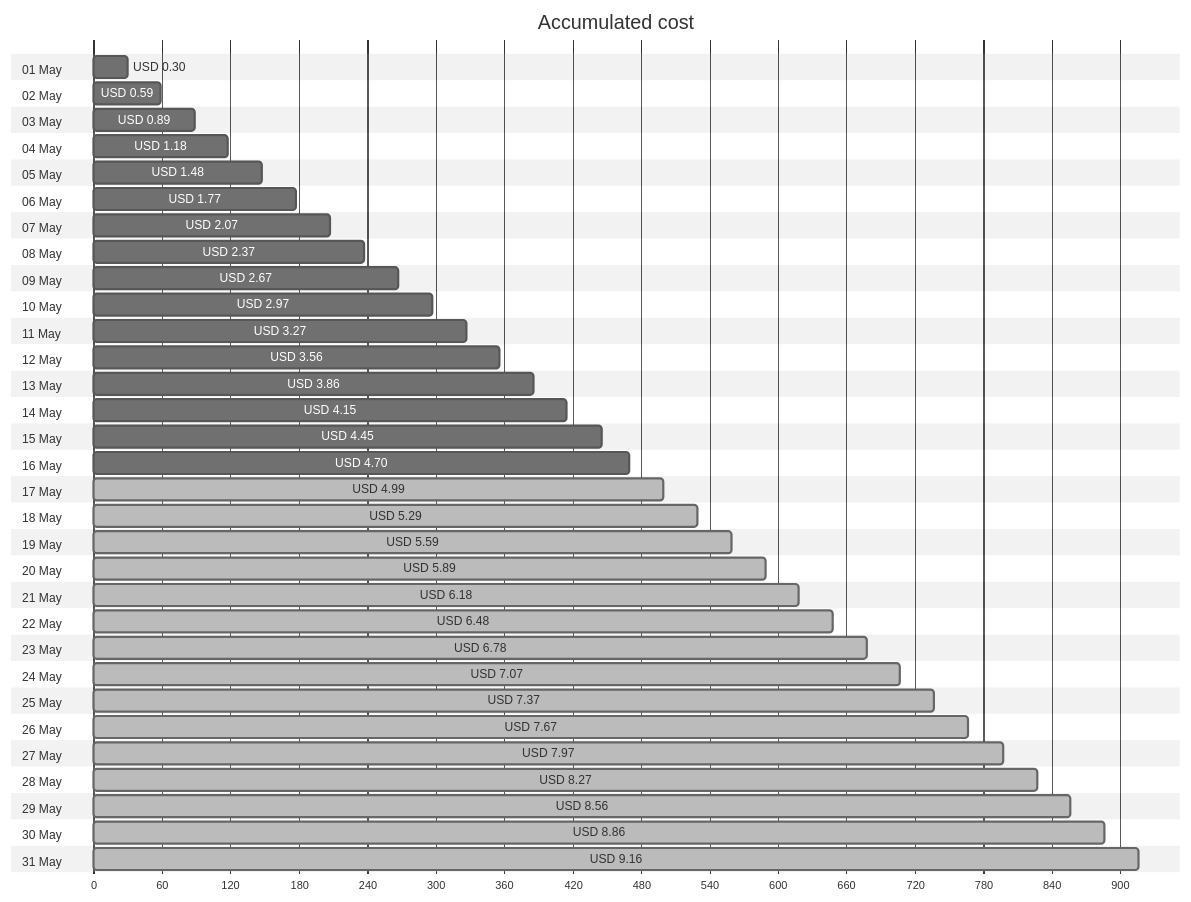
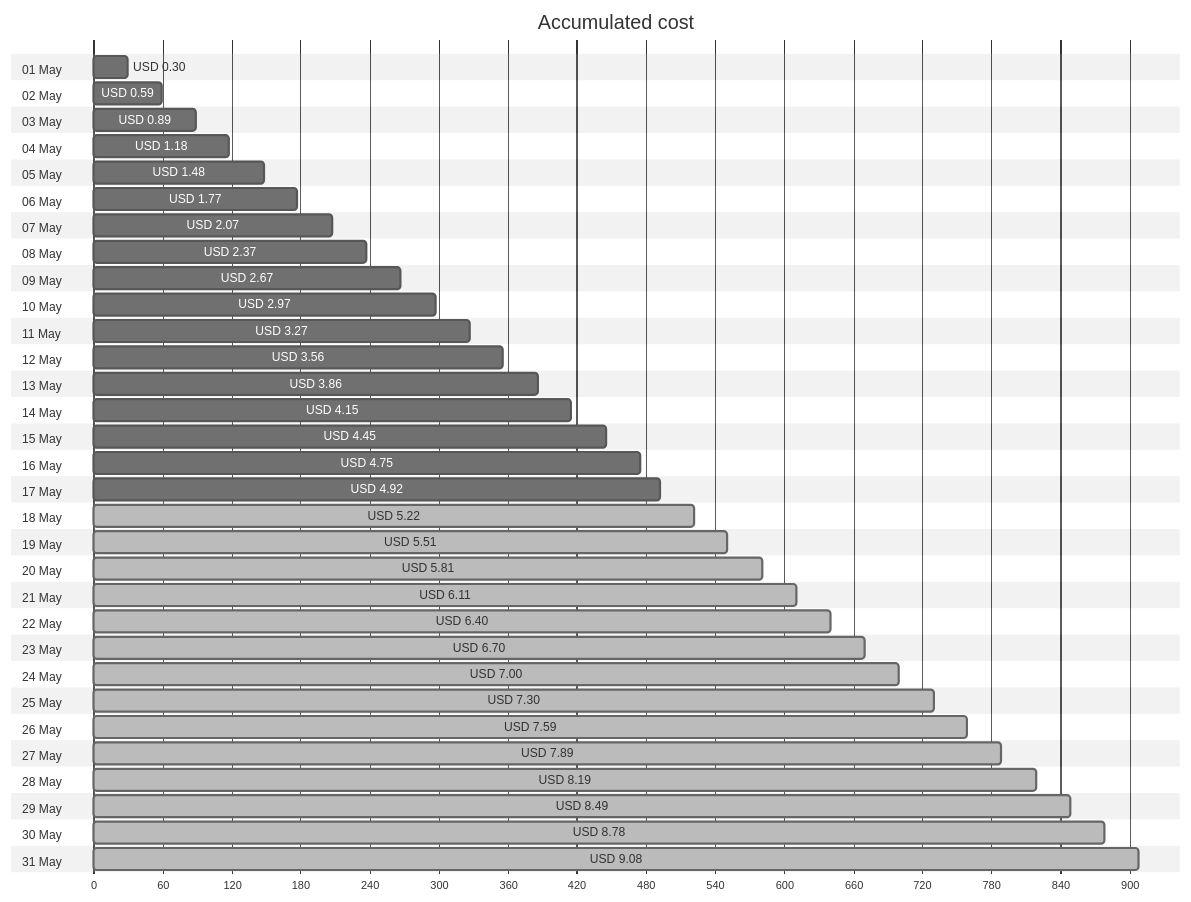
The first of 4 diagrams in cost-reports/personal-site/personal-site-preview.md (jpfulton/azure-personal-reports), drawn with Mermaid (neutral theme) before and after one commit. The commit also changed other lines of this file and 6 other files, not shown here.

````diff
--- a/cost-reports/personal-site/personal-site-preview.md
+++ b/cost-reports/personal-site/personal-site-preview.md
@@ -20,68 +20,68 @@
 ```mermaid
 gantt
    title Accumulated cost
    dateFormat  X
    axisFormat %s
    section 01 May
    USD 0.30 :0, 30
    section 02 May
    USD 0.59 :0, 59
    section 03 May
    USD 0.89 :0, 89
    section 04 May
    USD 1.18 :0, 118
    section 05 May
    USD 1.48 :0, 148
    section 06 May
    USD 1.77 :0, 177
    section 07 May
    USD 2.07 :0, 207
    section 08 May
    USD 2.37 :0, 237
    section 09 May
    USD 2.67 :0, 267
    section 10 May
    USD 2.97 :0, 297
    section 11 May
    USD 3.27 :0, 327
    section 12 May
    USD 3.56 :0, 356
    section 13 May
    USD 3.86 :0, 386
    section 14 May
    USD 4.15 :0, 415
    section 15 May
    USD 4.45 :0, 445
    section 16 May
-   USD 4.70 :0, 470
+   USD 4.75 :0, 475
    section 17 May
-   USD 4.99 : done, 0, 499
+   USD 4.92 :0, 492
    section 18 May
-   USD 5.29 : done, 0, 529
+   USD 5.22 : done, 0, 522
    section 19 May
-   USD 5.59 : done, 0, 559
+   USD 5.51 : done, 0, 551
    section 20 May
-   USD 5.89 : done, 0, 589
+   USD 5.81 : done, 0, 581
    section 21 May
-   USD 6.18 : done, 0, 618
+   USD 6.11 : done, 0, 611
    section 22 May
-   USD 6.48 : done, 0, 648
+   USD 6.40 : done, 0, 640
    section 23 May
-   USD 6.78 : done, 0, 678
+   USD 6.70 : done, 0, 670
    section 24 May
-   USD 7.07 : done, 0, 707
+   USD 7.00 : done, 0, 700
    section 25 May
-   USD 7.37 : done, 0, 737
+   USD 7.30 : done, 0, 730
    section 26 May
-   USD 7.67 : done, 0, 767
+   USD 7.59 : done, 0, 759
    section 27 May
-   USD 7.97 : done, 0, 797
+   USD 7.89 : done, 0, 789
    section 28 May
-   USD 8.27 : done, 0, 827
+   USD 8.19 : done, 0, 819
    section 29 May
-   USD 8.56 : done, 0, 856
+   USD 8.49 : done, 0, 849
    section 30 May
-   USD 8.86 : done, 0, 886
+   USD 8.78 : done, 0, 878
    section 31 May
-   USD 9.16 : done, 0, 916
+   USD 9.08 : done, 0, 908
 ```
````
